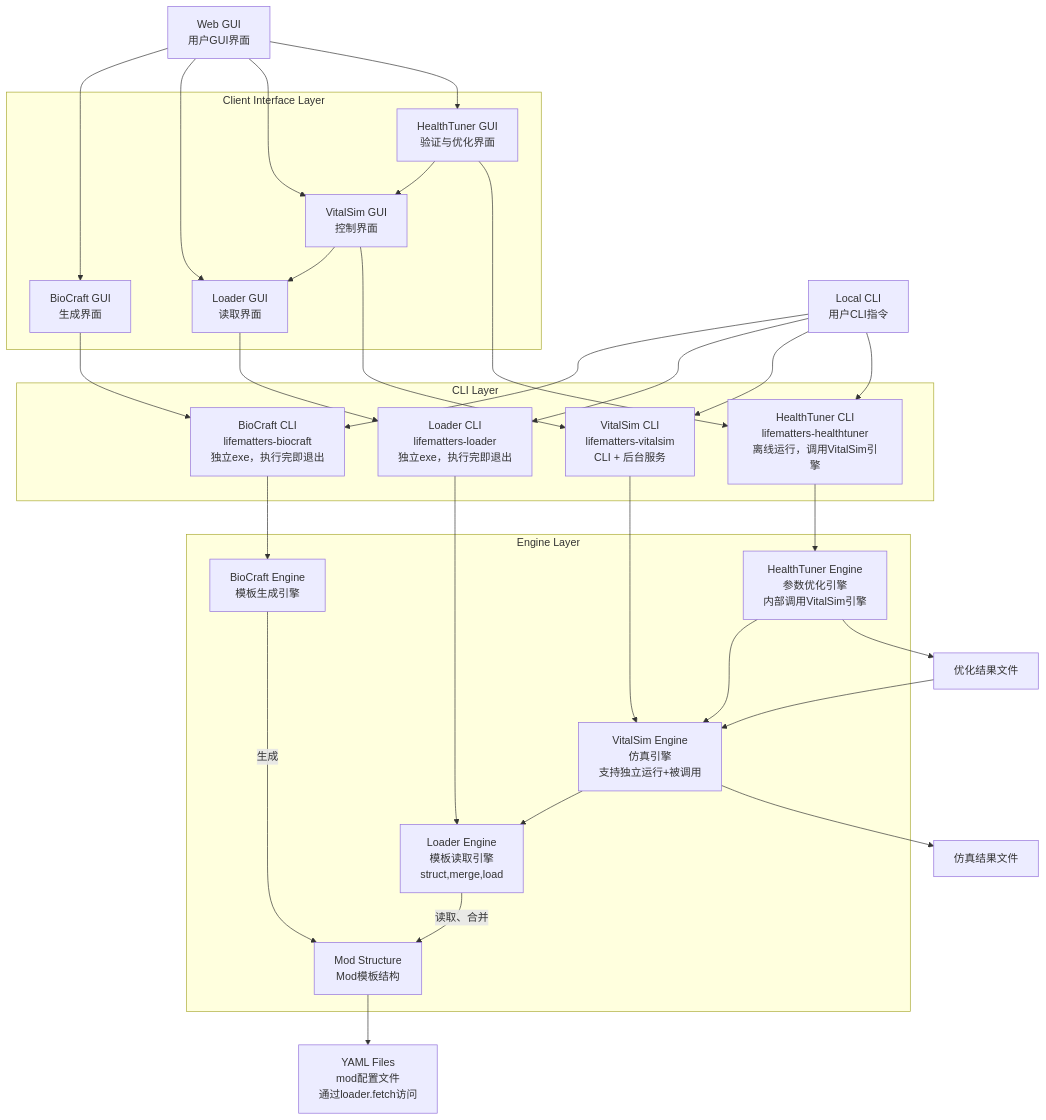
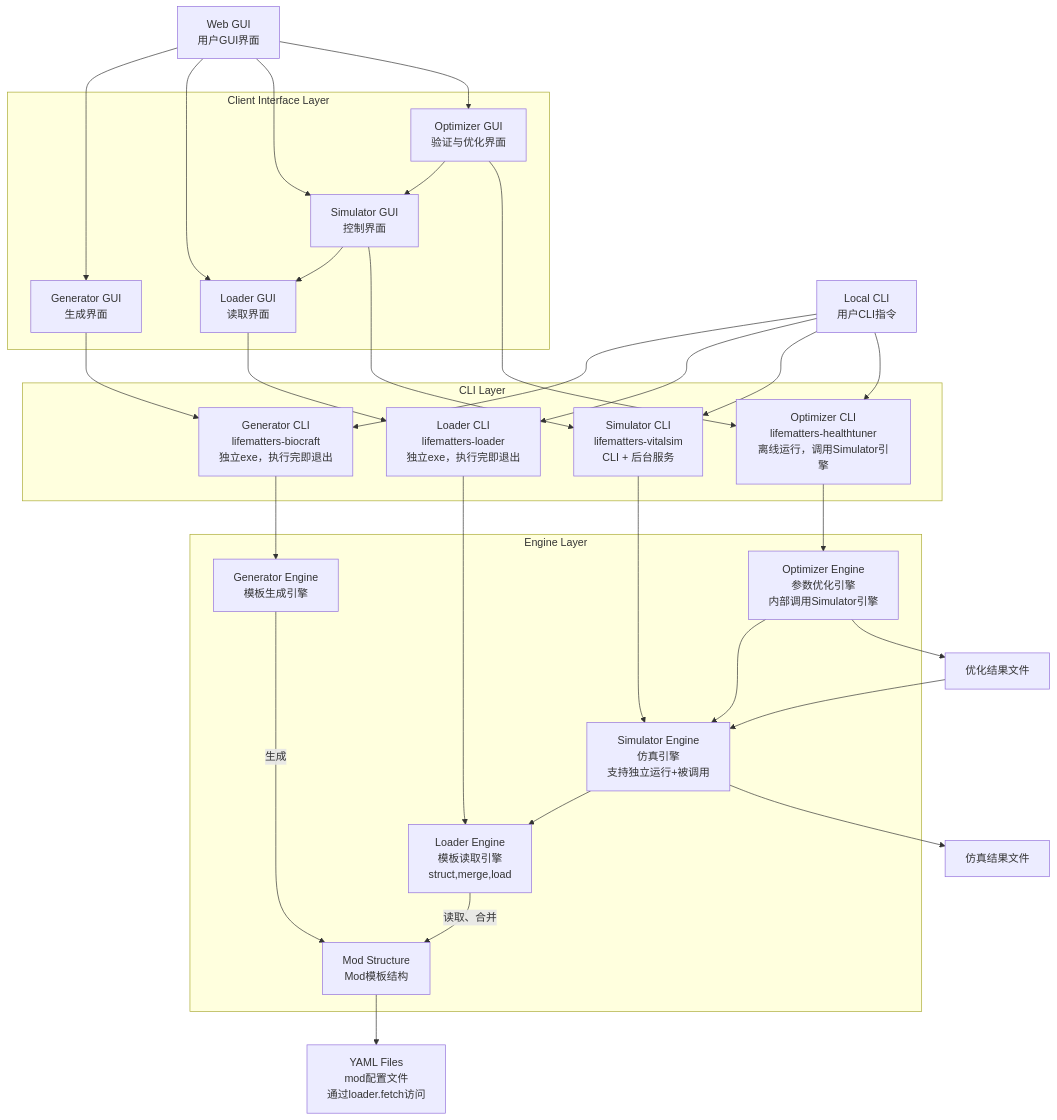
Before and after one commit to shenfan19/life-matters-models: the second of 2 diagrams in docs/architecture.md, drawn with Mermaid. The commit also changed 2 other files, not shown here.

Commit message:
name match

````diff
--- a/docs/architecture.md
+++ b/docs/architecture.md
@@ -73,69 +73,69 @@
 ```mermaid
 graph TD
     GUI[Web GUI<br/>用户GUI界面]
     CLI[Local CLI<br/>用户CLI指令]
 
     subgraph "Client Interface Layer"
-        GUI_B[BioCraft GUI<br/>生成界面]
-        GUI_H[HealthTuner GUI<br/>验证与优化界面]
-        GUI_V[VitalSim GUI<br/>控制界面]
+        GUI_B[Generator GUI<br/>生成界面]
+        GUI_H[Optimizer GUI<br/>验证与优化界面]
+        GUI_V[Simulator GUI<br/>控制界面]
         GUI_L[Loader GUI<br/>读取界面]
     end
 
     subgraph "CLI Layer"
         CLI_L[Loader CLI<br/>lifematters-loader<br/>独立exe，执行完即退出]
-        CLI_B[BioCraft CLI<br/>lifematters-biocraft<br/>独立exe，执行完即退出]
-        CLI_V[VitalSim CLI<br/>lifematters-vitalsim<br/>CLI + 后台服务]
-        CLI_H[HealthTuner CLI<br/>lifematters-healthtuner<br/>离线运行，调用VitalSim引擎]
+        CLI_B[Generator CLI<br/>lifematters-biocraft<br/>独立exe，执行完即退出]
+        CLI_V[Simulator CLI<br/>lifematters-vitalsim<br/>CLI + 后台服务]
+        CLI_H[Optimizer CLI<br/>lifematters-healthtuner<br/>离线运行，调用Simulator引擎]
     end
     
     subgraph "Engine Layer"
-        ENG_B[BioCraft Engine<br/>模板生成引擎]
-        ENG_H[HealthTuner Engine<br/>参数优化引擎<br/>内部调用VitalSim引擎]
-        ENG_V[VitalSim Engine<br/>仿真引擎<br/>支持独立运行+被调用]
+        ENG_B[Generator Engine<br/>模板生成引擎]
+        ENG_H[Optimizer Engine<br/>参数优化引擎<br/>内部调用Simulator引擎]
+        ENG_V[Simulator Engine<br/>仿真引擎<br/>支持独立运行+被调用]
         ENG_L[Loader Engine<br/>模板读取引擎<br/>struct,merge,load]
         MOD[Mod Structure<br/>Mod模板结构]
     end
 
     %% subgraph "Storage Layer"
         FILE_V[仿真结果文件]
         FILE_H[优化结果文件]
         YAML[YAML Files<br/>mod配置文件<br/>通过loader.fetch访问]
     %% end
     
     GUI_H --> GUI_V --> GUI_L
     CLI --> CLI_B
     CLI --> CLI_L
     CLI --> CLI_V
     CLI --> CLI_H
 
     GUI --> GUI_B --> CLI_B --> ENG_B
     GUI --> GUI_L --> CLI_L --> ENG_L
     GUI --> GUI_V --> CLI_V --> ENG_V
     GUI --> GUI_H --> CLI_H --> ENG_H --> ENG_V
 
     ENG_B --> |生成| MOD
     ENG_V --> ENG_L
     ENG_L --> |读取、合并| MOD
 
     MOD --> YAML
 
     ENG_V --> FILE_V
     ENG_H --> FILE_H
     FILE_H --> ENG_V
     
     %% ENG_H --> PP{{NS论文}} --> CONNECT{{联系国外学者}} --> OUT{{国外工作}}
     %% PP --> GZ{{国自然申请}} --> SYSU{{中大转正}}
 
     %% %% 样式定义
     classDef CSS_B fill:#0000c9
     classDef CSS_V fill:#00ae00
     classDef CSS_H fill:#d100e9
     classDef CSS_C fill:#b20000
     
     %% %% 应用样式
     %% class GUI_B,CLI_B,ENG_B CSS_B
     %% class GUI_H,CLI_H CSS_H
     %% class GUI_V,CLI_V,ENG_V,GUI_L,CLI_L,ENG_L CSS_V
     %% class ENG_H CSS_C
 ```
````
